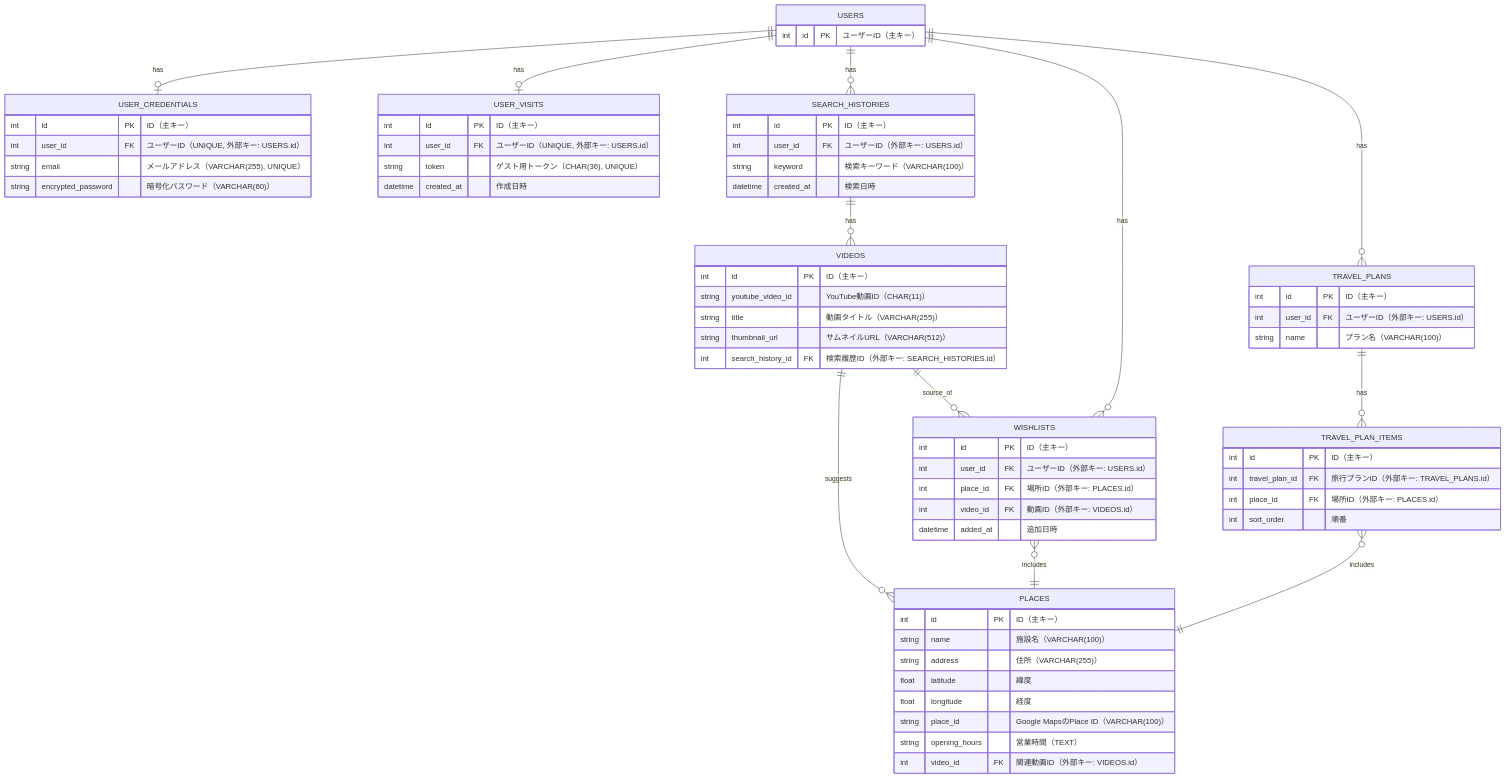
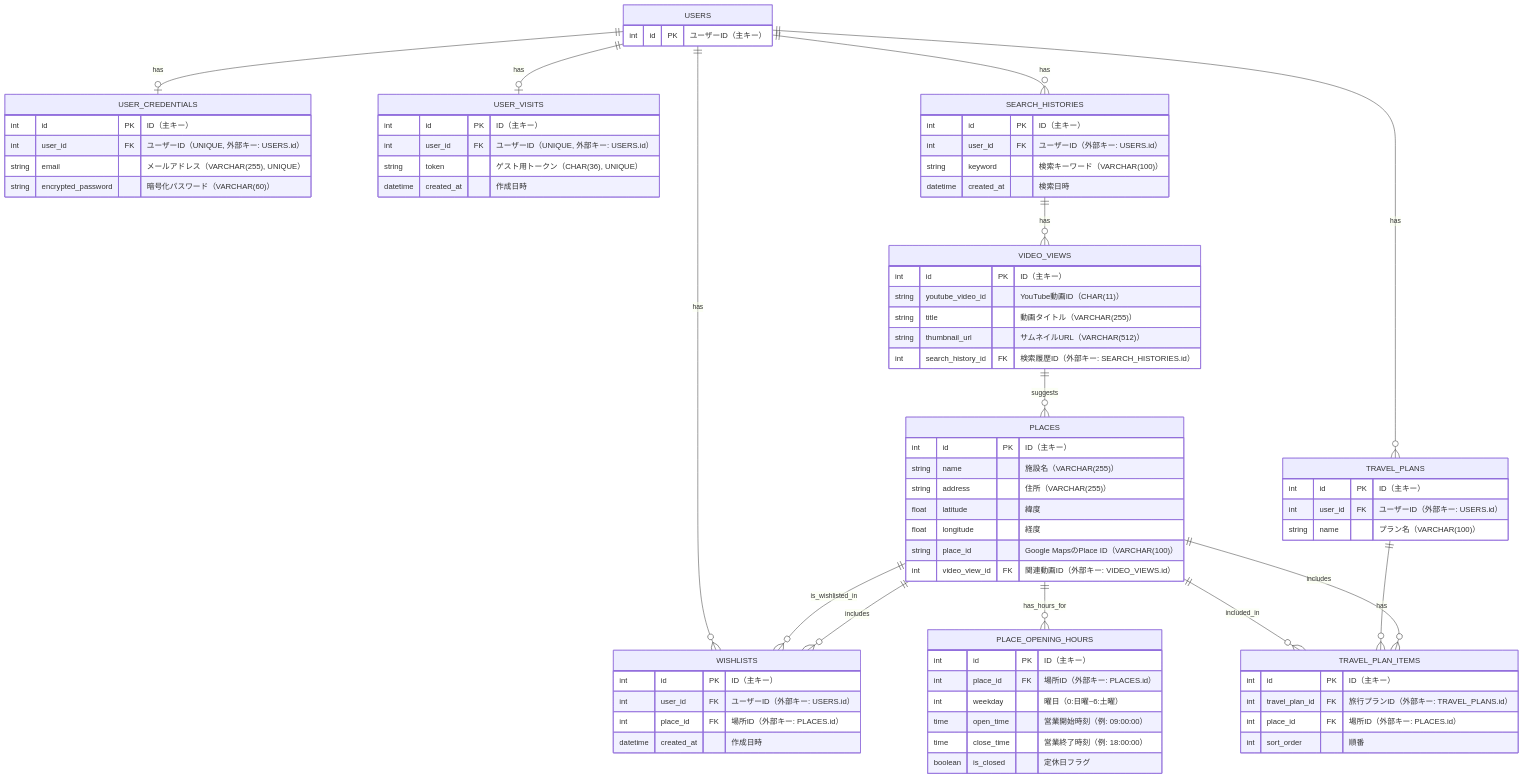
The second of 2 diagrams in documents/design.md (momomouse-hub/vlomaplan), drawn with Mermaid before and after one commit. The commit also changed other lines of this file, not shown here.

```diff
--- a/documents/design.md
+++ b/documents/design.md
@@ -66,7 +66,7 @@
     datetime created_at "検索日時"
   }
 
-  VIDEOS {
+  VIDEO_VIEWS {
     int id PK "ID（主キー）"
     string youtube_video_id "YouTube動画ID（CHAR(11)）"
     string title "動画タイトル（VARCHAR(255)）"
@@ -76,21 +76,28 @@
 
   PLACES {
     int id PK "ID（主キー）"
-    string name "施設名（VARCHAR(100)）"
+    string name "施設名（VARCHAR(255)）"
     string address "住所（VARCHAR(255)）"
     float latitude "緯度"
     float longitude "経度"
     string place_id "Google MapsのPlace ID（VARCHAR(100)）"
-    string opening_hours "営業時間（TEXT）"
-    int video_id FK "関連動画ID（外部キー: VIDEOS.id）"
+    int video_view_id FK "関連動画ID（外部キー: VIDEO_VIEWS.id）"
+  }
+
+  PLACE_OPENING_HOURS {
+    int id PK "ID（主キー）"
+    int place_id FK "場所ID（外部キー: PLACES.id）"
+    int weekday "曜日（0:日曜~6:土曜）"
+    time open_time "営業開始時刻（例: 09:00:00）"
+    time close_time "営業終了時刻（例: 18:00:00）"
+    boolean is_closed "定休日フラグ"
   }
 
   WISHLISTS {
     int id PK "ID（主キー）"
     int user_id FK "ユーザーID（外部キー: USERS.id）"
     int place_id FK "場所ID（外部キー: PLACES.id）"
-    int video_id FK "動画ID（外部キー: VIDEOS.id）"
-    datetime added_at "追加日時"
+    datetime created_at "作成日時"
   }
 
   TRAVEL_PLANS {
@@ -112,9 +119,13 @@
   USERS ||--o{ WISHLISTS : has
   USERS ||--o{ TRAVEL_PLANS : has
 
-  SEARCH_HISTORIES ||--o{ VIDEOS : has
-  VIDEOS ||--o{ PLACES : suggests
-  VIDEOS ||--o{ WISHLISTS : source_of
+  SEARCH_HISTORIES ||--o{ VIDEO_VIEWS : has
+
+  VIDEO_VIEWS ||--o{ PLACES : suggests
+
+  PLACES ||--o{ WISHLISTS : is_wishlisted_in
+  PLACES ||--o{ PLACE_OPENING_HOURS : has_hours_for
+  PLACES ||--o{ TRAVEL_PLAN_ITEMS : included_in
 
   TRAVEL_PLANS ||--o{ TRAVEL_PLAN_ITEMS : has
   TRAVEL_PLAN_ITEMS }o--|| PLACES : includes
```
